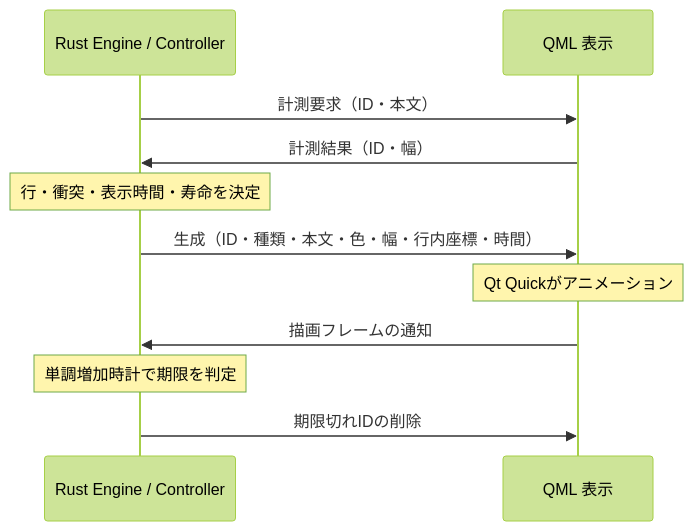
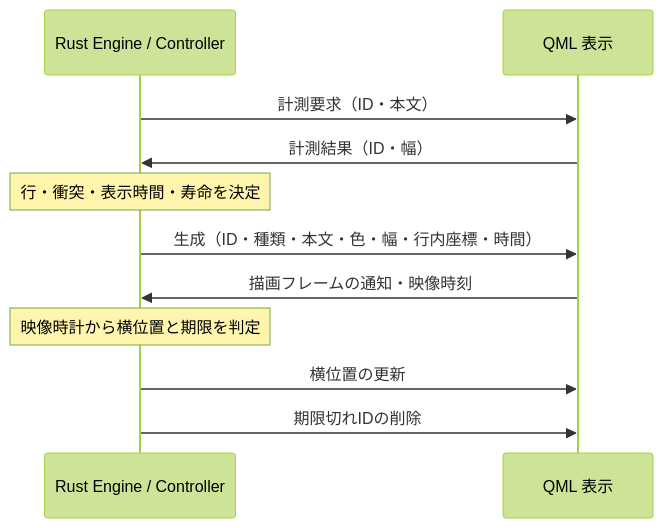
Before and after one commit to ouvill/NagameTV: the diagram in docs/danmaku.md, drawn with Mermaid (forest theme). The commit also changed other lines of this file and 46 other files, not shown here.

````diff
--- a/docs/danmaku.md
+++ b/docs/danmaku.md
@@ -48,13 +48,13 @@
 ```mermaid
 sequenceDiagram
     participant R as Rust Engine / Controller
     participant Q as QML 表示
     R->>Q: 計測要求（ID・本文）
     Q->>R: 計測結果（ID・幅）
     Note over R: 行・衝突・表示時間・寿命を決定
     R->>Q: 生成（ID・種類・本文・色・幅・行内座標・時間）
-    Note over Q: Qt Quickがアニメーション
-    Q->>R: 描画フレームの通知
-    Note over R: 単調増加時計で期限を判定
+    Q->>R: 描画フレームの通知・映像時刻
+    Note over R: 映像時計から横位置と期限を判定
+    R->>Q: 横位置の更新
     R->>Q: 期限切れIDの削除
 ```
````
